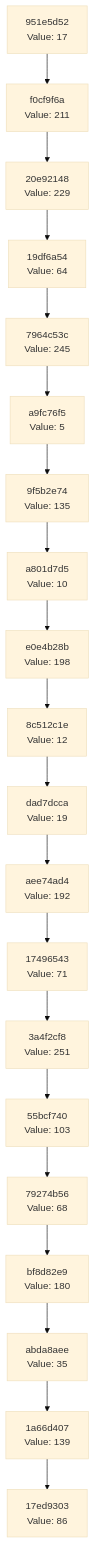
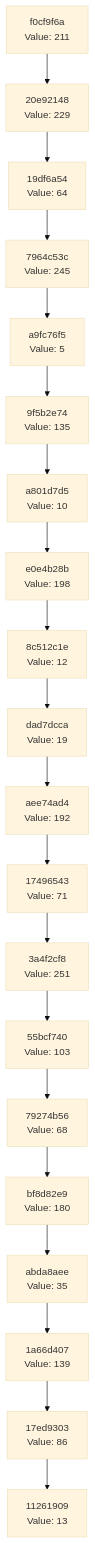
Before and after one commit to Abhisheksinha1506/hash-chain-evolver: the diagram in docs/CHAIN_VISUALIZATION.md, drawn with Mermaid (base theme). The commit also changed 2 other files, not shown here.

Commit message:
Evolution step: hash 0x0D → action executed

````diff
--- a/docs/CHAIN_VISUALIZATION.md
+++ b/docs/CHAIN_VISUALIZATION.md
@@ -3,42 +3,42 @@
 ```mermaid
 graph TD
-    C0["17ed9303<br/>Value: 86"]
-    C1["1a66d407<br/>Value: 139"]
+    C0["11261909<br/>Value: 13"]
+    C1["17ed9303<br/>Value: 86"]
     C1 --> C0
-    C2["abda8aee<br/>Value: 35"]
+    C2["1a66d407<br/>Value: 139"]
     C2 --> C1
-    C3["bf8d82e9<br/>Value: 180"]
+    C3["abda8aee<br/>Value: 35"]
     C3 --> C2
-    C4["79274b56<br/>Value: 68"]
+    C4["bf8d82e9<br/>Value: 180"]
     C4 --> C3
-    C5["55bcf740<br/>Value: 103"]
+    C5["79274b56<br/>Value: 68"]
     C5 --> C4
-    C6["3a4f2cf8<br/>Value: 251"]
+    C6["55bcf740<br/>Value: 103"]
     C6 --> C5
-    C7["17496543<br/>Value: 71"]
+    C7["3a4f2cf8<br/>Value: 251"]
     C7 --> C6
-    C8["aee74ad4<br/>Value: 192"]
+    C8["17496543<br/>Value: 71"]
     C8 --> C7
-    C9["dad7dcca<br/>Value: 19"]
+    C9["aee74ad4<br/>Value: 192"]
     C9 --> C8
-    C10["8c512c1e<br/>Value: 12"]
+    C10["dad7dcca<br/>Value: 19"]
     C10 --> C9
-    C11["e0e4b28b<br/>Value: 198"]
+    C11["8c512c1e<br/>Value: 12"]
     C11 --> C10
-    C12["a801d7d5<br/>Value: 10"]
+    C12["e0e4b28b<br/>Value: 198"]
     C12 --> C11
-    C13["9f5b2e74<br/>Value: 135"]
+    C13["a801d7d5<br/>Value: 10"]
     C13 --> C12
-    C14["a9fc76f5<br/>Value: 5"]
+    C14["9f5b2e74<br/>Value: 135"]
     C14 --> C13
-    C15["7964c53c<br/>Value: 245"]
+    C15["a9fc76f5<br/>Value: 5"]
     C15 --> C14
-    C16["19df6a54<br/>Value: 64"]
+    C16["7964c53c<br/>Value: 245"]
     C16 --> C15
-    C17["20e92148<br/>Value: 229"]
+    C17["19df6a54<br/>Value: 64"]
     C17 --> C16
-    C18["f0cf9f6a<br/>Value: 211"]
+    C18["20e92148<br/>Value: 229"]
     C18 --> C17
-    C19["951e5d52<br/>Value: 17"]
+    C19["f0cf9f6a<br/>Value: 211"]
     C19 --> C18
 ```
````
